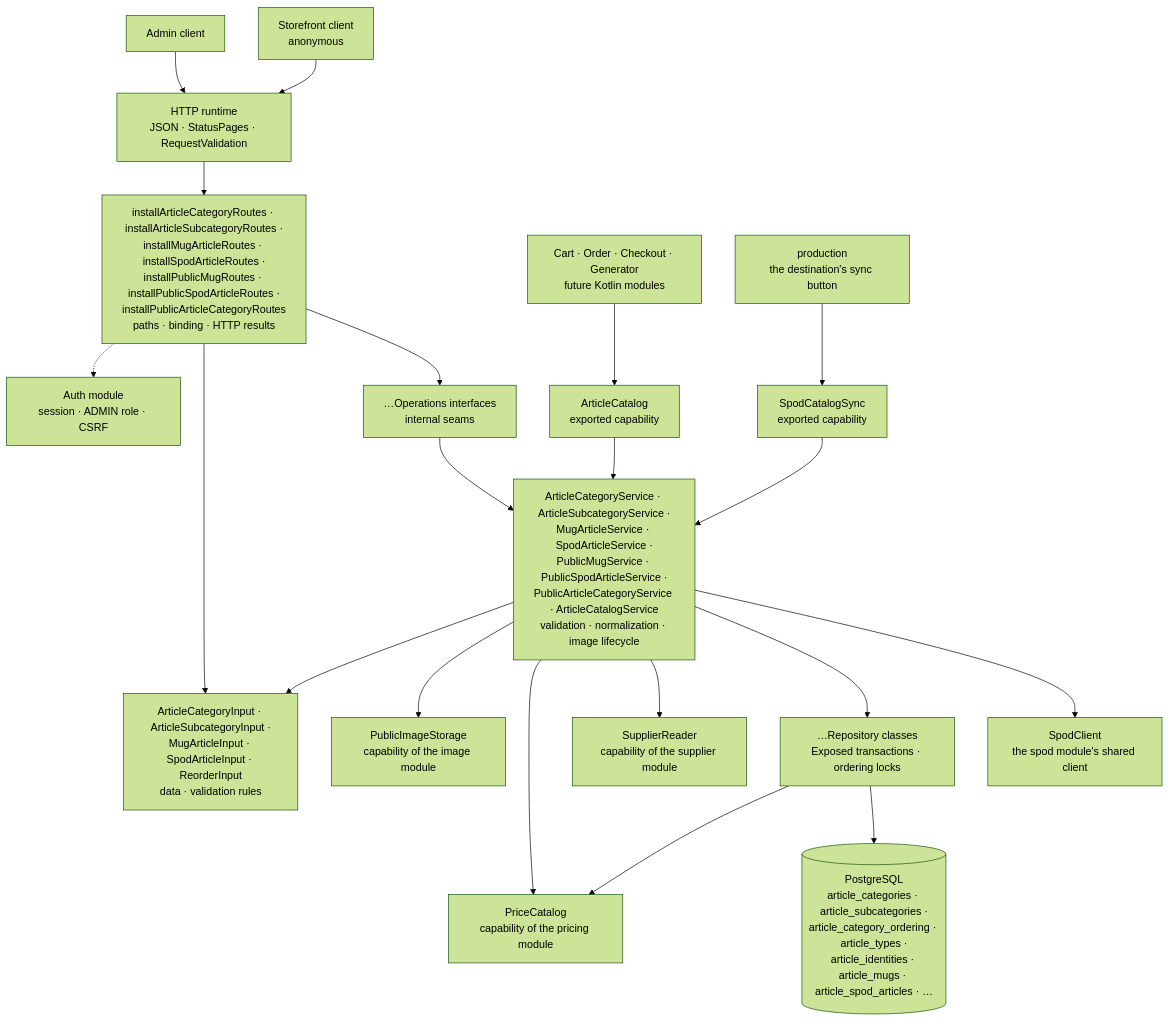
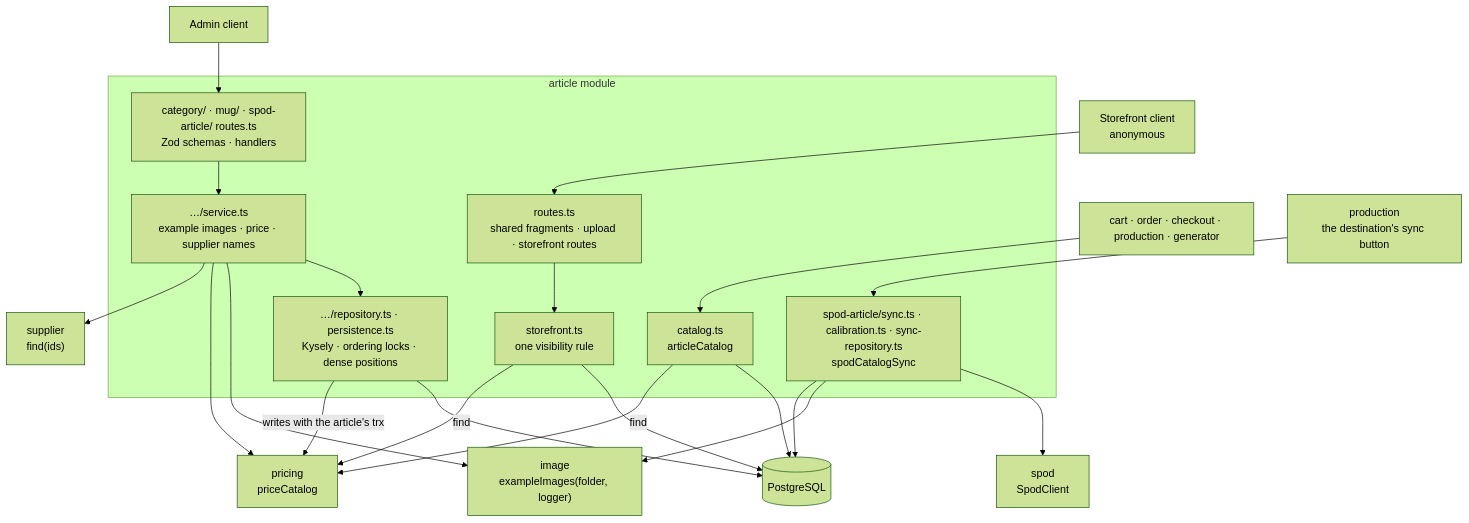
The diagram in docs/dev/backend/packages/article-package.md (bitstorm-tech/voenix-shop-kotlin), drawn with Mermaid (forest theme) before and after one commit. The commit also changed other lines of this file and 1061 other files, not shown here.

````diff
--- a/docs/dev/backend/packages/article-package.md
+++ b/docs/dev/backend/packages/article-package.md
@@ -91,38 +66,33 @@
 ```mermaid
 flowchart TB
-    Client["Admin client"]
+    Admin["Admin client"]
     Shop["Storefront client<br/>anonymous"]
-    Http["HTTP runtime<br/>JSON · StatusPages · RequestValidation"]
-    Auth["Auth module<br/>session · ADMIN role · CSRF"]
-    Routes["installArticleCategoryRoutes · installArticleSubcategoryRoutes ·<br/>installMugArticleRoutes · installSpodArticleRoutes ·<br/>installPublicMugRoutes · installPublicSpodArticleRoutes ·<br/>installPublicArticleCategoryRoutes<br/>paths · binding · HTTP results"]
-    Input["ArticleCategoryInput · ArticleSubcategoryInput ·<br/>MugArticleInput · SpodArticleInput · ReorderInput<br/>data · validation rules"]
-    Operations["…Operations interfaces<br/>internal seams"]
-    Consumer["Cart · Order · Checkout · Generator<br/>future Kotlin modules"]
-    Catalog["ArticleCatalog<br/>exported capability"]
-    Sync["SpodCatalogSync<br/>exported capability"]
+    Consumers["cart · order · checkout · production · generator"]
     Production["production<br/>the destination's sync button"]
-    SpodClient["SpodClient<br/>the spod module's shared client"]
-    Service["ArticleCategoryService · ArticleSubcategoryService ·<br/>MugArticleService · SpodArticleService ·<br/>PublicMugService · PublicSpodArticleService ·<br/>PublicArticleCategoryService · ArticleCatalogService<br/>validation · normalization · image lifecycle"]
-    Images["PublicImageStorage<br/>capability of the image module"]
-    Prices["PriceCatalog<br/>capability of the pricing module"]
-    Suppliers["SupplierReader<br/>capability of the supplier module"]
-    Repository["…Repository classes<br/>Exposed transactions · ordering locks"]
-    Database[("PostgreSQL<br/>article_categories · article_subcategories ·<br/>article_category_ordering · article_types ·<br/>article_identities · article_mugs · article_spod_articles · …")]
 
-    Client --> Http --> Routes
-    Shop --> Http
-    Consumer --> Catalog --> Service
-    Routes -.-> Auth
-    Routes --> Input
-    Routes --> Operations
-    Operations --> Service
-    Service --> Input
-    Service --> Images
-    Service --> Prices
-    Service --> Suppliers
-    Service --> Repository
-    Repository --> Prices
-    Repository --> Database
-    Production --> Sync --> Service
-    Service --> SpodClient
+    subgraph Article["article module"]
+        Routes["category/ · mug/ · spod-article/ routes.ts<br/>Zod schemas · handlers"]
+        StorefrontRoutes["routes.ts<br/>shared fragments · upload · storefront routes"]
+        Services["…/service.ts<br/>example images · price · supplier names"]
+        Repositories["…/repository.ts · persistence.ts<br/>Kysely · ordering locks · dense positions"]
+        Storefront["storefront.ts<br/>one visibility rule"]
+        Catalog["catalog.ts<br/>articleCatalog"]
+        Sync["spod-article/sync.ts · calibration.ts · sync-repository.ts<br/>spodCatalogSync"]
+    end
+
+    Image["image<br/>exampleImages(folder, logger)"]
+    Pricing["pricing<br/>priceCatalog"]
+    Supplier["supplier<br/>find(ids)"]
+    Spod["spod<br/>SpodClient"]
+    Database[("PostgreSQL")]
+
+    Admin --> Routes --> Services --> Repositories --> Database
+    Shop --> StorefrontRoutes --> Storefront --> Database
+    Consumers --> Catalog --> Database
+    Production --> Sync
+    Services --> Image & Pricing & Supplier
+    Repositories -->|"writes with the article's trx"| Pricing
+    Storefront & Catalog -->|"find"| Pricing
+    Sync --> Spod & Image
+    Sync --> Database
 ```
````
